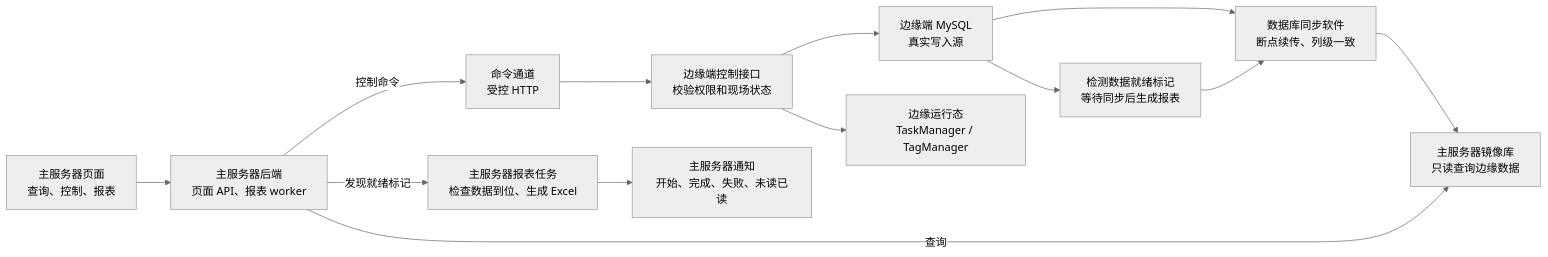
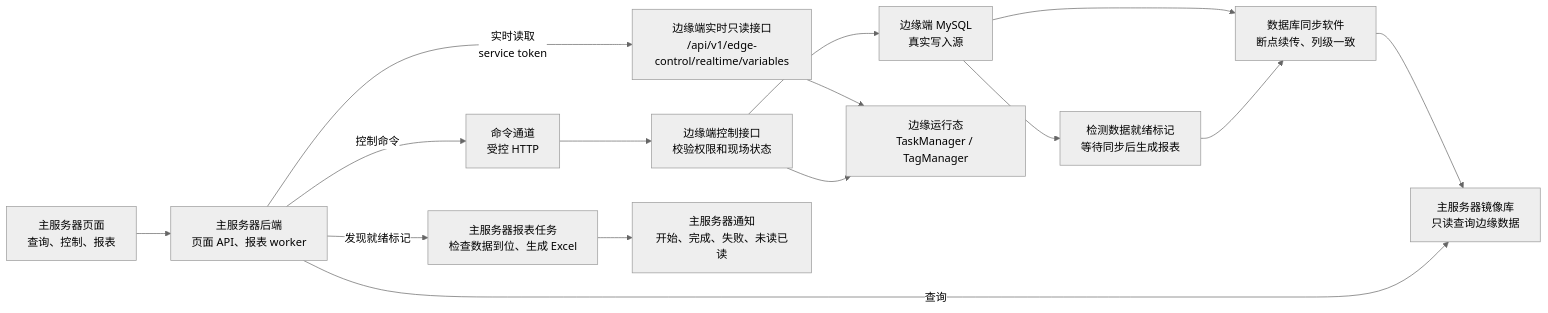
Before and after one commit to YufeiSun5/edge-terminal-SPT: the diagram in backend/docs/边缘端与主服务器协同计划.md, drawn with Mermaid (neutral theme). The commit also changed other lines of this file and 49 other files, not shown here.

Commit message:
Refactor desktop and backend edge data flow

````diff
--- a/backend/docs/边缘端与主服务器协同计划.md
+++ b/backend/docs/边缘端与主服务器协同计划.md
@@ -33,18 +79,20 @@
 ```mermaid
 flowchart LR
   边缘端数据库["边缘端 MySQL\n真实写入源"] --> 同步软件["数据库同步软件\n断点续传、列级一致"]
   同步软件 --> 主镜像库["主服务器镜像库\n只读查询边缘数据"]
 
   主页面["主服务器页面\n查询、控制、报表"] --> 主后端["主服务器后端\n页面 API、报表 worker"]
   主后端 -->|查询| 主镜像库
+  主后端 -->|实时读取\nservice token| 边缘实时接口["边缘端实时只读接口\n/api/v1/edge-control/realtime/variables"]
+  边缘实时接口 --> 边缘运行态["边缘运行态\nTaskManager / TagManager"]
 
   主后端 -->|控制命令| 命令通道["命令通道\n受控 HTTP"]
   命令通道 --> 边缘端控制接口["边缘端控制接口\n校验权限和现场状态"]
   边缘端控制接口 --> 边缘端数据库
-  边缘端控制接口 --> 边缘运行态["边缘运行态\nTaskManager / TagManager"]
+  边缘端控制接口 --> 边缘运行态
 
   边缘端数据库 --> 数据就绪["检测数据就绪标记\n等待同步后生成报表"]
   数据就绪 --> 同步软件
   主后端 -->|发现就绪标记| 主报表任务["主服务器报表任务\n检查数据到位、生成 Excel"]
   主报表任务 --> 主通知["主服务器通知\n开始、完成、失败、未读已读"]
 ```
````
